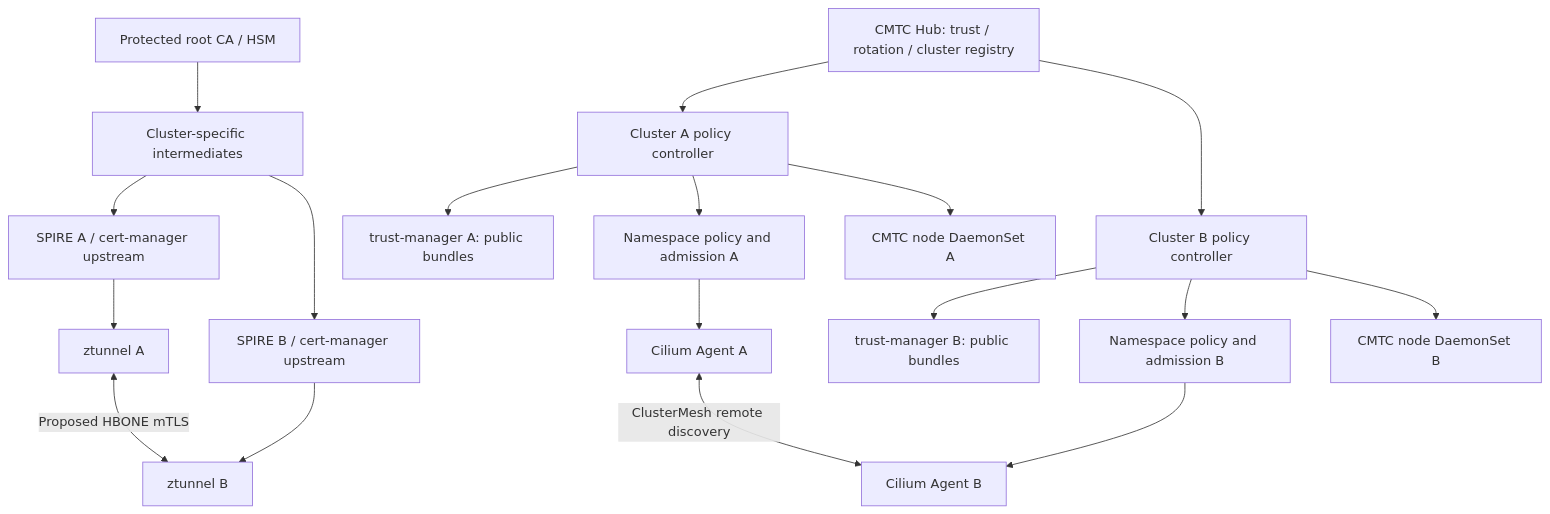
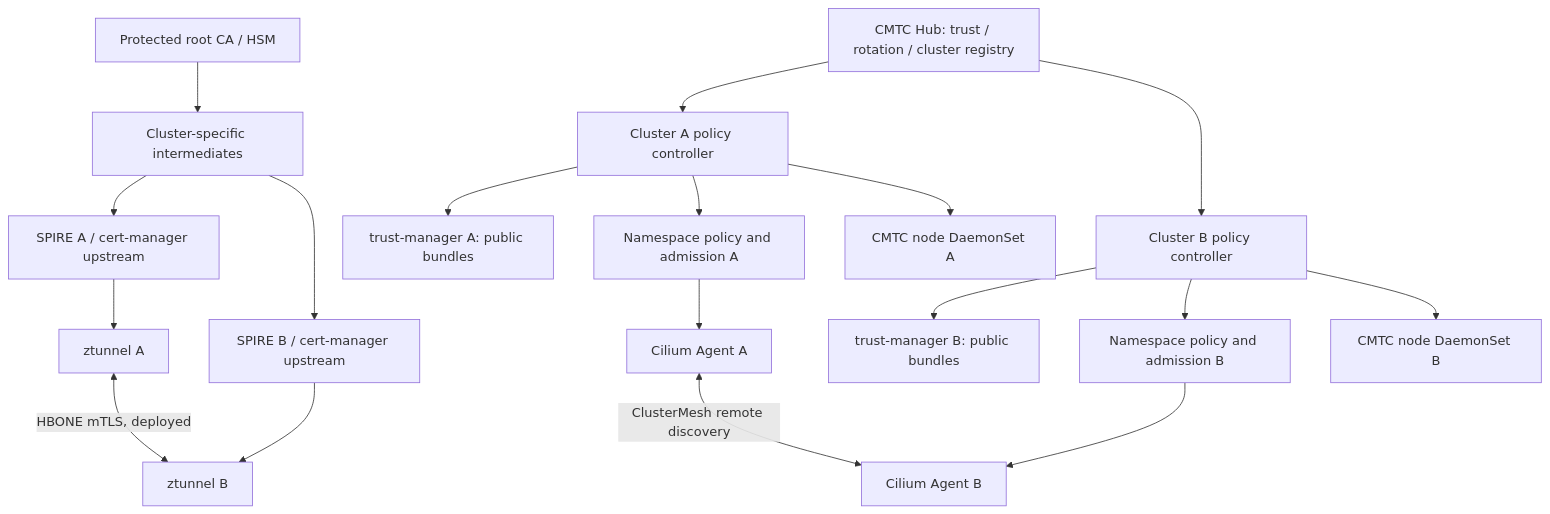
Before and after one commit to ephico2real2/clustermesh-trust-controller: the first of 4 diagrams in docs/architecture/END_TO_END_DESIGN.md, drawn with Mermaid. The commit also changed other lines of this file and 66 other files, not shown here.

````diff
--- a/docs/architecture/END_TO_END_DESIGN.md
+++ b/docs/architecture/END_TO_END_DESIGN.md
@@ -32,20 +30,20 @@
 ```mermaid
 flowchart TB
  Root[Protected root CA / HSM] --> ICA[Cluster-specific intermediates]
  Hub[CMTC Hub: trust / rotation / cluster registry] --> CtrlA[Cluster A policy controller]
  Hub --> CtrlB[Cluster B policy controller]
  ICA --> SPIREA[SPIRE A / cert-manager upstream]
  ICA --> SPIREB[SPIRE B / cert-manager upstream]
  CtrlA --> TMA[trust-manager A: public bundles]
  CtrlB --> TMB[trust-manager B: public bundles]
  CtrlA --> NSA[Namespace policy and admission A]
  CtrlB --> NSB[Namespace policy and admission B]
  CtrlA --> AgentA[CMTC node DaemonSet A]
  CtrlB --> AgentB[CMTC node DaemonSet B]
  NSA --> CA[Cilium Agent A]
  NSB --> CB[Cilium Agent B]
  SPIREA --> ZA[ztunnel A]
  SPIREB --> ZB[ztunnel B]
  CA <-->|ClusterMesh remote discovery| CB
- ZA <-->|Proposed HBONE mTLS| ZB
+ ZA <-->|HBONE mTLS, deployed| ZB
 ```
````
